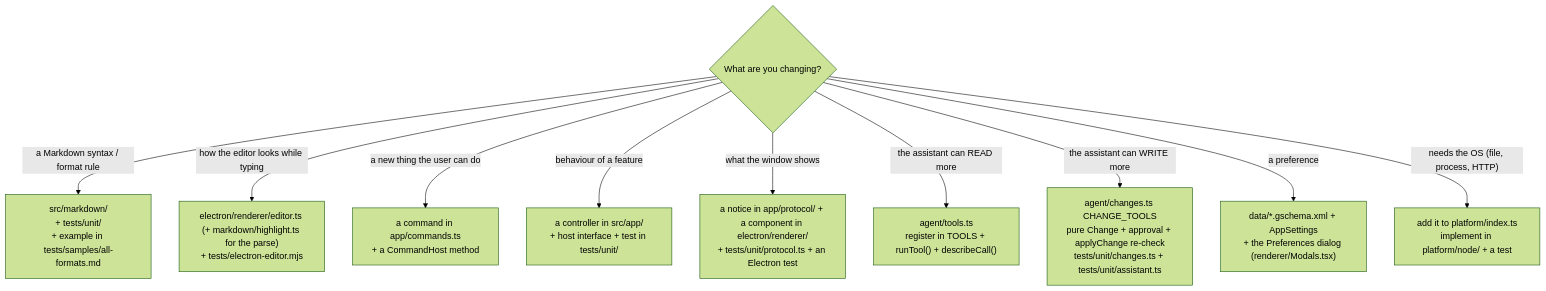
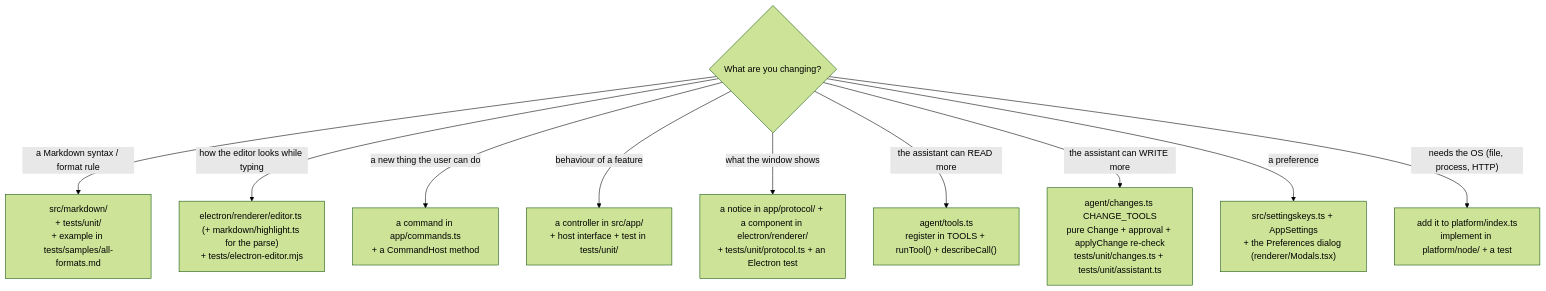
One commit to EkaPutCom/markwork changed diagram 16 of 16 in docs/ONBOARDING.md. Above: the diagram before and after it, drawn with Mermaid (forest theme). The commit also changed other lines of this file and 21 other files, not shown here.

First line of the commit message:
refactor: settings keys in TypeScript, app assets in resources/

````diff
--- a/docs/ONBOARDING.md
+++ b/docs/ONBOARDING.md
@@ -569,13 +568,13 @@
 ```mermaid
 flowchart TD
     q{"What are you changing?"}
     q -->|"a Markdown syntax / format rule"| r1["src/markdown/<br/>+ tests/unit/<br/>+ example in tests/samples/all-formats.md"]
     q -->|"how the editor looks while typing"| r2["electron/renderer/editor.ts (+ markdown/highlight.ts for the parse)<br/>+ tests/electron-editor.mjs"]
     q -->|"a new thing the user can do"| r3["a command in app/commands.ts<br/>+ a CommandHost method"]
     q -->|"behaviour of a feature"| r4["a controller in src/app/<br/>+ host interface + test in tests/unit/"]
     q -->|"what the window shows"| r5["a notice in app/protocol/ + a component in electron/renderer/<br/>+ tests/unit/protocol.ts + an Electron test"]
     q -->|"the assistant can READ more"| r6["agent/tools.ts<br/>register in TOOLS + runTool() + describeCall()"]
     q -->|"the assistant can WRITE more"| r7["agent/changes.ts CHANGE_TOOLS<br/>pure Change + approval + applyChange re-check<br/>tests/unit/changes.ts + tests/unit/assistant.ts"]
-    q -->|"a preference"| r8["data/*.gschema.xml + AppSettings<br/>+ the Preferences dialog (renderer/Modals.tsx)"]
+    q -->|"a preference"| r8["src/settingskeys.ts + AppSettings<br/>+ the Preferences dialog (renderer/Modals.tsx)"]
     q -->|"needs the OS (file, process, HTTP)"| r9["add it to platform/index.ts<br/>implement in platform/node/ + a test"]
 ```
````
